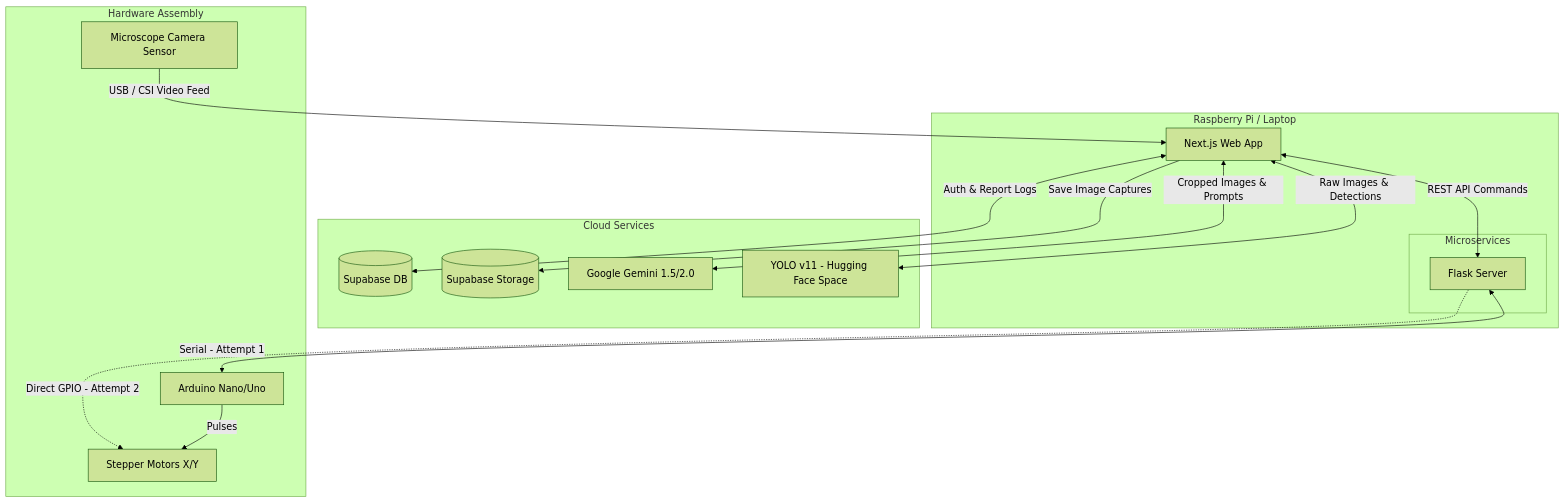
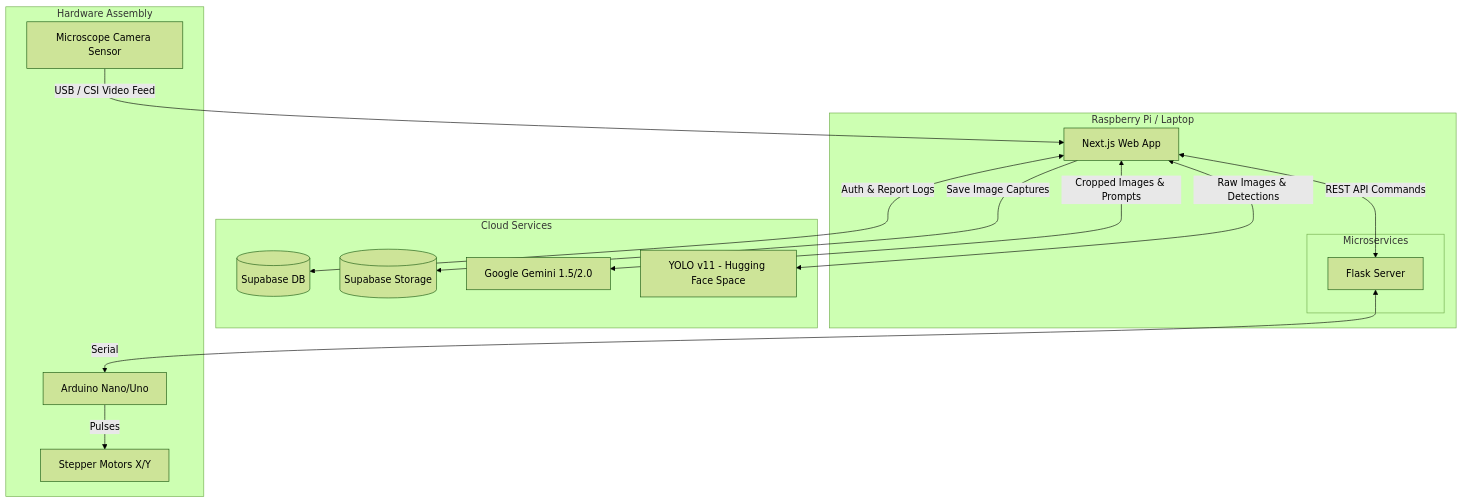
One commit to mcggEz/microview-ai changed the first of 4 diagrams in README.md. Above: the diagram before and after it, drawn with Mermaid (forest theme). The commit also changed other lines of this file and 1 other file, not shown here.

Commit message:
docs: remove direct GPIO fallback and simplify hardware architecture to Serial/Arduino only

````diff
--- a/README.md
+++ b/README.md
@@ -19,36 +19,35 @@
 ```mermaid
 flowchart TB
   subgraph Cloud Services
     DB[(Supabase DB)]
     ST[(Supabase Storage)]
     VLM[Google Gemini 1.5/2.0]
     YOLO[YOLO v11 - Hugging Face Space]
   end
 
   subgraph Local Workstation [Raspberry Pi / Laptop]
     UI[Next.js Web App]
     
     subgraph Microservices
       MOTOR[Flask Server]
     end
     
     UI <-->|REST API Commands| MOTOR
   end
 
   subgraph Hardware Assembly
     ARD[Arduino Nano/Uno]
     STEP[Stepper Motors X/Y]
     CAM[Microscope Camera Sensor]
     
-    MOTOR <-->|Serial - Attempt 1| ARD
-    MOTOR -.->|Direct GPIO - Attempt 2| STEP
+    MOTOR <-->|Serial| ARD
     ARD -->|Pulses| STEP
     CAM -->|USB / CSI Video Feed| UI
   end
 
   %% Data Flow
   UI <-->|Auth & Report Logs| DB
   UI -->|Save Image Captures| ST
   UI <-->|Raw Images & Detections| YOLO
   UI <-->|Cropped Images & Prompts| VLM
 ```
````
